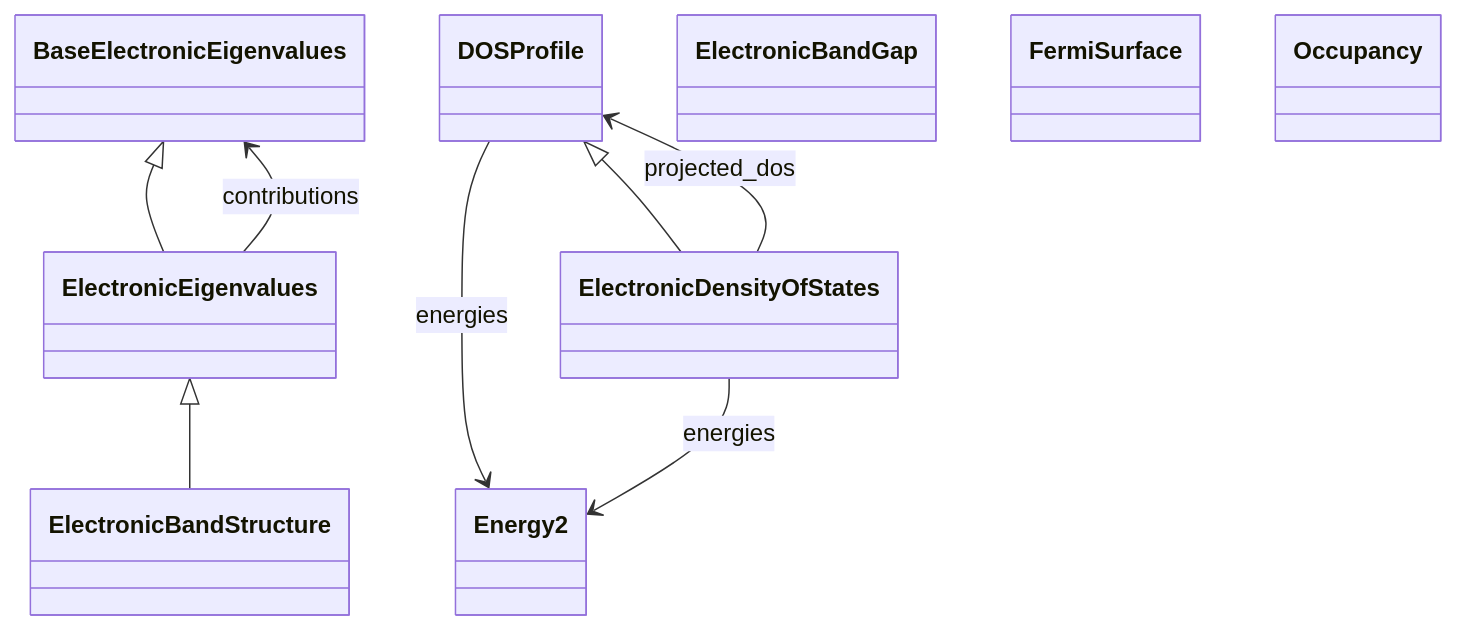
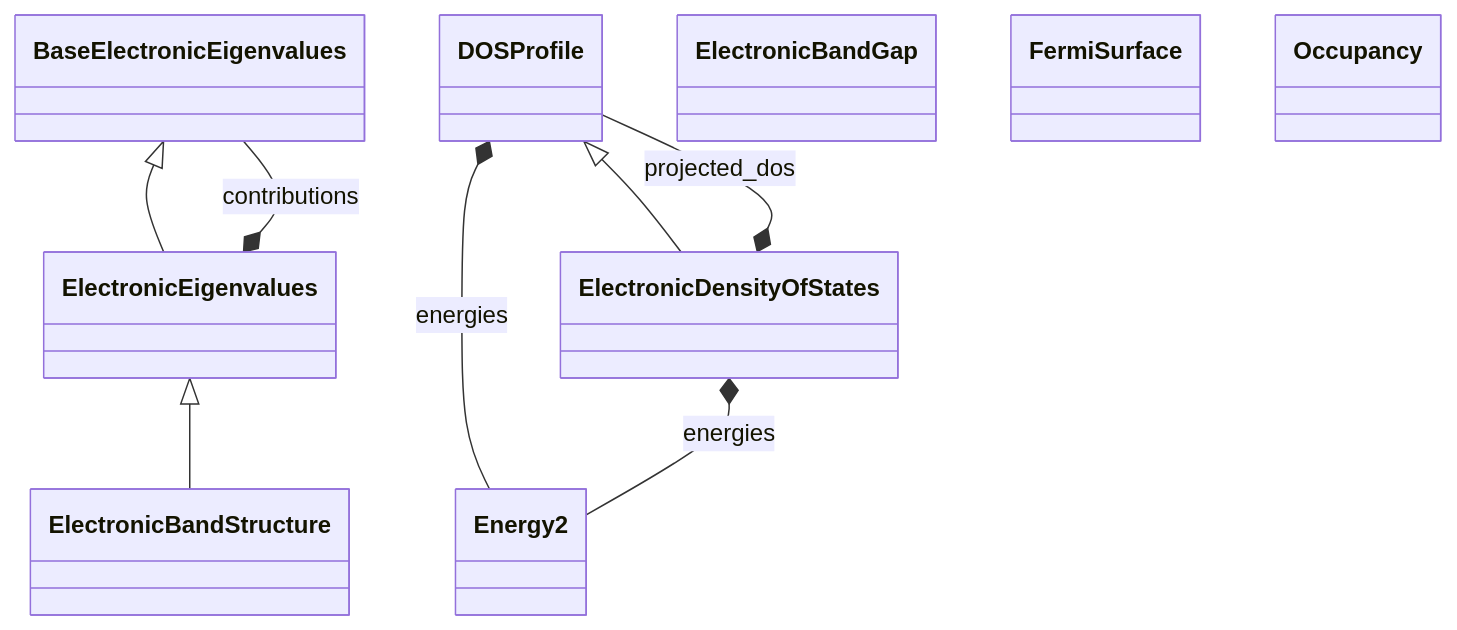
The diagram in docs/schema/electronic_properties.diagram.md (FAIRmat-NFDI/nomad-simulations), drawn with Mermaid before and after one commit. The commit also changed other lines of this file and 34 other files, not shown here.

````diff
--- a/docs/schema/electronic_properties.diagram.md
+++ b/docs/schema/electronic_properties.diagram.md
@@ -14,28 +14,28 @@
 ```mermaid
 classDiagram
     class BaseElectronicEigenvalues {
     }
     class DOSProfile {
     }
     class ElectronicBandGap {
     }
     class ElectronicBandStructure {
     }
     class ElectronicDensityOfStates {
     }
     class ElectronicEigenvalues {
     }
     class Energy2 {
     }
     class FermiSurface {
     }
     class Occupancy {
     }
     ElectronicEigenvalues <|-- ElectronicBandStructure
     DOSProfile <|-- ElectronicDensityOfStates
     BaseElectronicEigenvalues <|-- ElectronicEigenvalues
-    DOSProfile --> Energy2 : energies
-    ElectronicDensityOfStates --> DOSProfile : projected_dos
-    ElectronicDensityOfStates --> Energy2 : energies
-    ElectronicEigenvalues --> BaseElectronicEigenvalues : contributions
+    DOSProfile *-- Energy2 : energies
+    ElectronicDensityOfStates *-- DOSProfile : projected_dos
+    ElectronicDensityOfStates *-- Energy2 : energies
+    ElectronicEigenvalues *-- BaseElectronicEigenvalues : contributions
 ```
````
